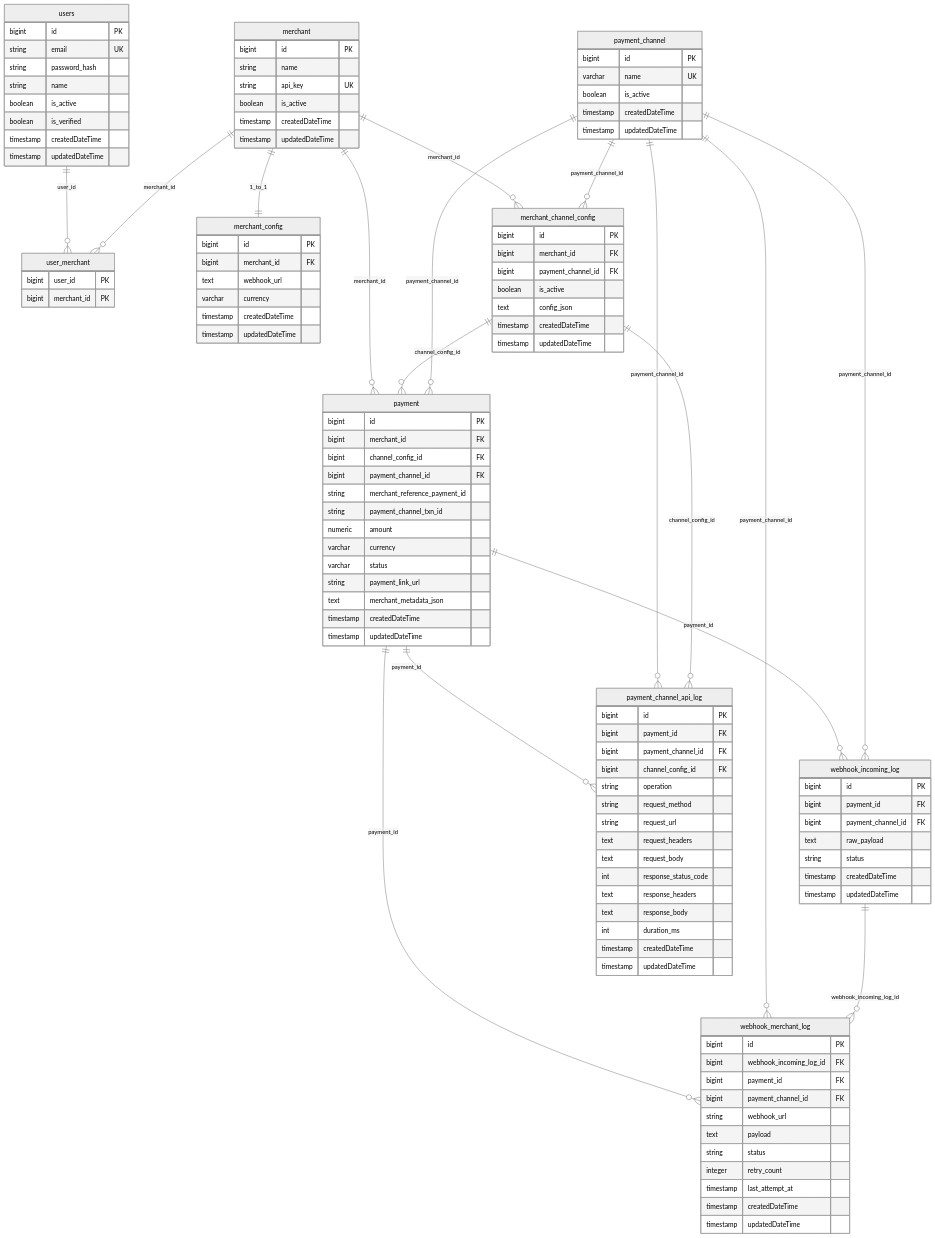
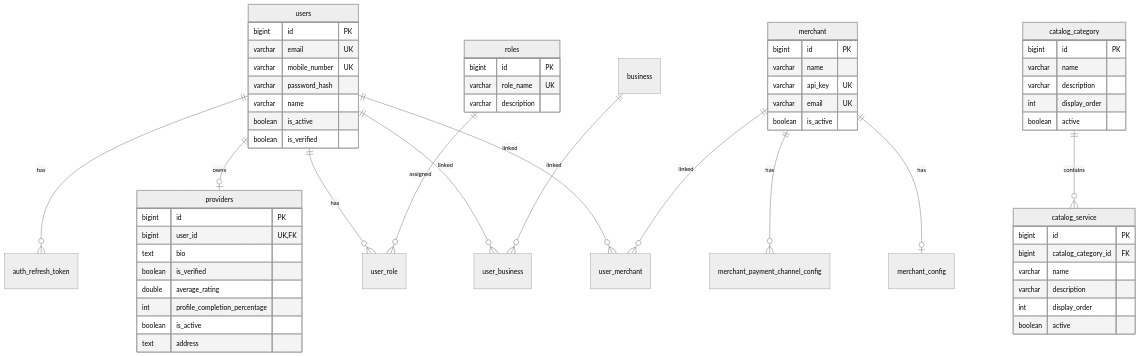
One commit to runalb/digi-payment-gateway changed the diagram in docs/DATABASE.md. Above: the diagram before and after it, drawn with Mermaid (neutral theme). The commit also changed other lines of this file and 10 other files, not shown here.

````diff
--- a/docs/DATABASE.md
+++ b/docs/DATABASE.md
@@ -48,129 +27,66 @@
 ```mermaid
 erDiagram
-  users ||--o{ user_merchant : "user_id"
-  merchant ||--o{ user_merchant : "merchant_id"
-  merchant ||--|| merchant_config : "1_to_1"
-  merchant ||--o{ merchant_channel_config : "merchant_id"
-  payment_channel ||--o{ merchant_channel_config : "payment_channel_id"
-  merchant ||--o{ payment : "merchant_id"
-  merchant_channel_config ||--o{ payment : "channel_config_id"
-  payment_channel ||--o{ payment : "payment_channel_id"
-  payment ||--o{ webhook_incoming_log : "payment_id"
-  payment_channel ||--o{ webhook_incoming_log : "payment_channel_id"
-  payment ||--o{ webhook_merchant_log : "payment_id"
-  payment_channel ||--o{ webhook_merchant_log : "payment_channel_id"
-  webhook_incoming_log ||--o{ webhook_merchant_log : "webhook_incoming_log_id"
-  payment ||--o{ payment_channel_api_log : "payment_id"
-  payment_channel ||--o{ payment_channel_api_log : "payment_channel_id"
-  merchant_channel_config ||--o{ payment_channel_api_log : "channel_config_id"
+    users ||--o{ user_role : has
+    roles ||--o{ user_role : assigned
+    users ||--o{ user_merchant : linked
+    merchant ||--o{ user_merchant : linked
+    users ||--o{ user_business : linked
+    business ||--o{ user_business : linked
+    users ||--o| providers : owns
+    users ||--o{ auth_refresh_token : has
+    merchant ||--o| merchant_config : has
+    merchant ||--o{ merchant_payment_channel_config : has
+    catalog_category ||--o{ catalog_service : contains
 
-  users {
-    bigint id PK
-    string email UK
-    string password_hash
-    string name
-    boolean is_active
-    boolean is_verified
-    timestamp createdDateTime
-    timestamp updatedDateTime
-  }
+    users {
+        bigint id PK
+        varchar email UK
+        varchar mobile_number UK
+        varchar password_hash
+        varchar name
+        boolean is_active
+        boolean is_verified
+    }
 
-  merchant {
-    bigint id PK
-    string name
-    string api_key UK
-    boolean is_active
-    timestamp createdDateTime
-    timestamp updatedDateTime
-  }
+    roles {
+        bigint id PK
+        varchar role_name UK
+        varchar description
+    }
 
-  user_merchant {
-    bigint user_id PK
-    bigint merchant_id PK
-  }
+    merchant {
+        bigint id PK
+        varchar name
+        varchar api_key UK
+        varchar email UK
+        boolean is_active
+    }
 
-  merchant_config {
-    bigint id PK
-    bigint merchant_id FK
-    text webhook_url
-    varchar currency
-    timestamp createdDateTime
-    timestamp updatedDateTime
-  }
+    providers {
+        bigint id PK
+        bigint user_id UK,FK
+        text bio
+        boolean is_verified
+        double average_rating
+        int profile_completion_percentage
+        boolean is_active
+        text address
+    }
 
-  payment_channel {
-    bigint id PK
-    varchar name UK
-    boolean is_active
-    timestamp createdDateTime
-    timestamp updatedDateTime
-  }
+    catalog_category {
+        bigint id PK
+        varchar name
+        varchar description
+        int display_order
+        boolean active
+    }
 
-  merchant_channel_config {
-    bigint id PK
-    bigint merchant_id FK
-    bigint payment_channel_id FK
-    boolean is_active
-    text config_json
-    timestamp createdDateTime
-    timestamp updatedDateTime
-  }
-
-  payment {
-    bigint id PK
-    bigint merchant_id FK
-    bigint channel_config_id FK
-    bigint payment_channel_id FK
-    string merchant_reference_payment_id
-    string payment_channel_txn_id
-    numeric amount
-    varchar currency
-    varchar status
-    string payment_link_url
-    text merchant_metadata_json
-    timestamp createdDateTime
-    timestamp updatedDateTime
-  }
-
-  webhook_incoming_log {
-    bigint id PK
-    bigint payment_id FK
-    bigint payment_channel_id FK
-    text raw_payload
-    string status
-    timestamp createdDateTime
-    timestamp updatedDateTime
-  }
-
-  webhook_merchant_log {
-    bigint id PK
-    bigint webhook_incoming_log_id FK
-    bigint payment_id FK
-    bigint payment_channel_id FK
-    string webhook_url
-    text payload
-    string status
-    integer retry_count
-    timestamp last_attempt_at
-    timestamp createdDateTime
-    timestamp updatedDateTime
-  }
-
-  payment_channel_api_log {
-    bigint id PK
-    bigint payment_id FK
-    bigint payment_channel_id FK
-    bigint channel_config_id FK
-    string operation
-    string request_method
-    string request_url
-    text request_headers
-    text request_body
-    int response_status_code
-    text response_headers
-    text response_body
-    int duration_ms
-    timestamp createdDateTime
-    timestamp updatedDateTime
-  }
+    catalog_service {
+        bigint id PK
+        bigint catalog_category_id FK
+        varchar name
+        varchar description
+        int display_order
+        boolean active
+    }
 ```
````
